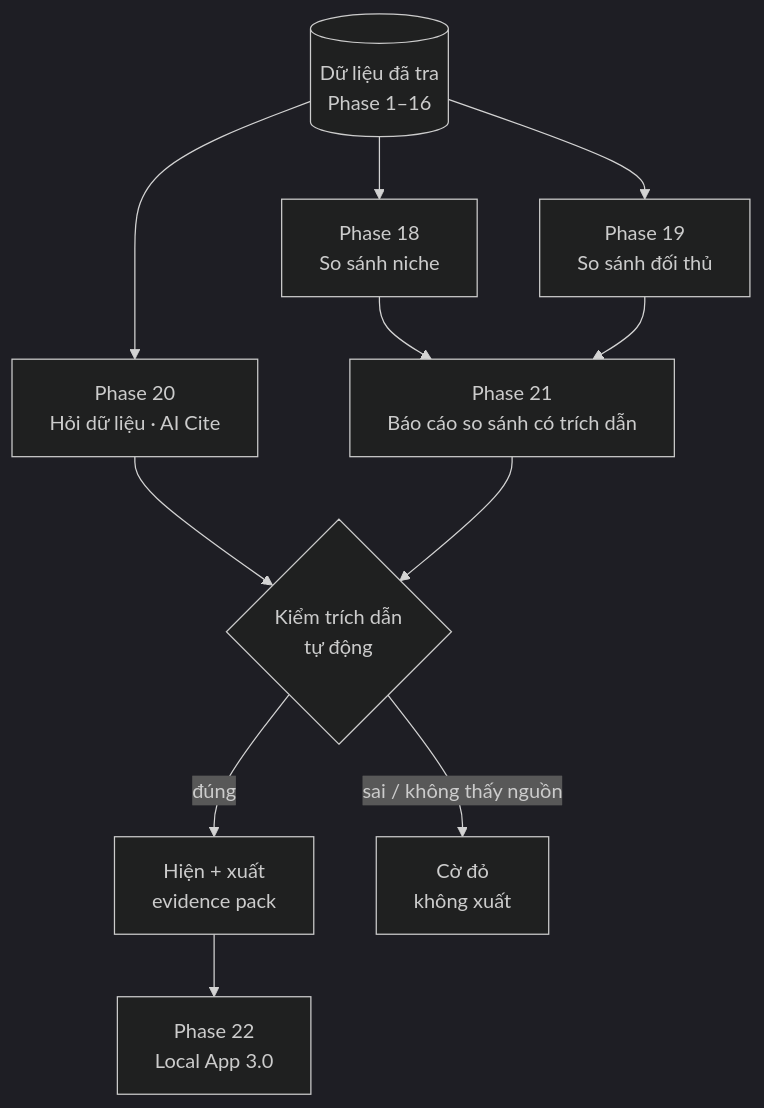
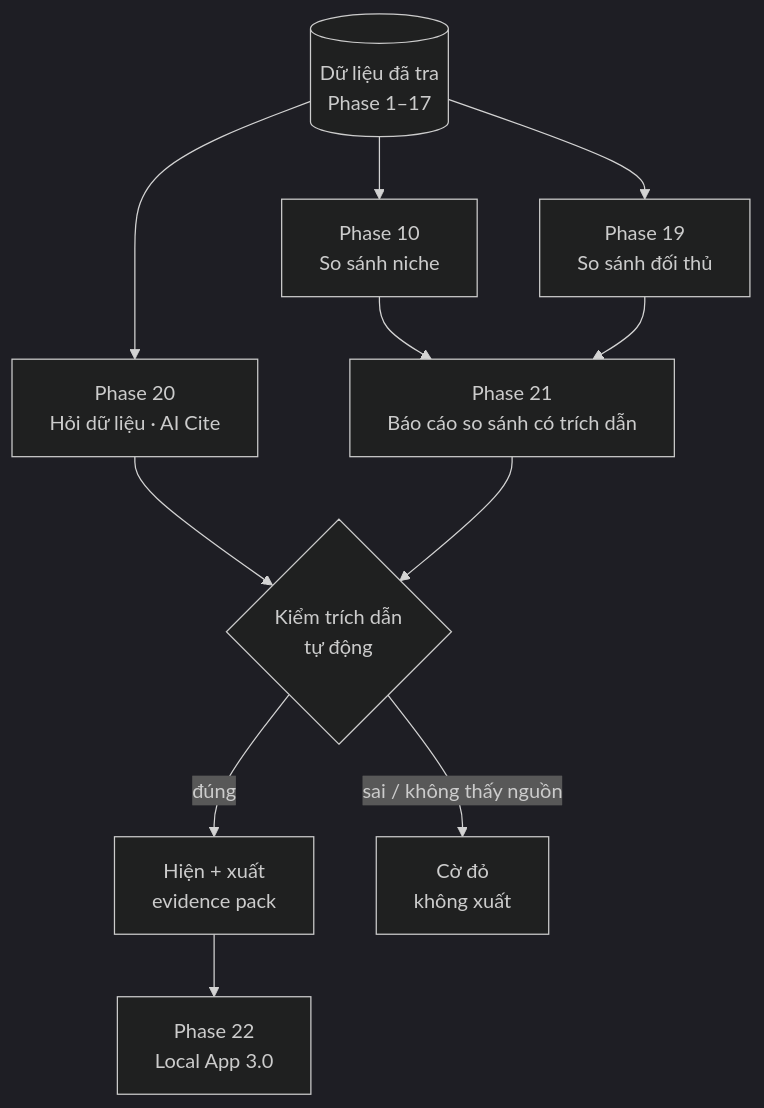
One commit to nvminhtu/niche-radar-docs changed the diagram in docs/web/version-3.md. Above: the diagram before and after it, drawn with Mermaid (dark theme). The commit also changed other lines of this file and 27 other files, not shown here.

Commit message:
docs: sync đánh số lại phase Web — So sánh niche thành Phase 10, 10–16 → 11–17

````diff
--- a/docs/web/version-3.md
+++ b/docs/web/version-3.md
@@ -23,12 +23,12 @@
 ```mermaid
 flowchart TB
-  DB[(Dữ liệu đã tra<br/>Phase 1–16)] --> N[Phase 18<br/>So sánh niche]
+  DB[(Dữ liệu đã tra<br/>Phase 1–17)] --> N[Phase 10<br/>So sánh niche]
   DB --> C[Phase 19<br/>So sánh đối thủ]
   DB --> Q[Phase 20<br/>Hỏi dữ liệu · AI Cite]
   N & C --> R[Phase 21<br/>Báo cáo so sánh có trích dẫn]
   Q --> V{Kiểm trích dẫn<br/>tự động}
   R --> V
   V -->|đúng| OK[Hiện + xuất<br/>evidence pack]
   V -->|sai / không thấy nguồn| X[Cờ đỏ<br/>không xuất]
   OK --> L[Phase 22<br/>Local App 3.0]
 ```
````
